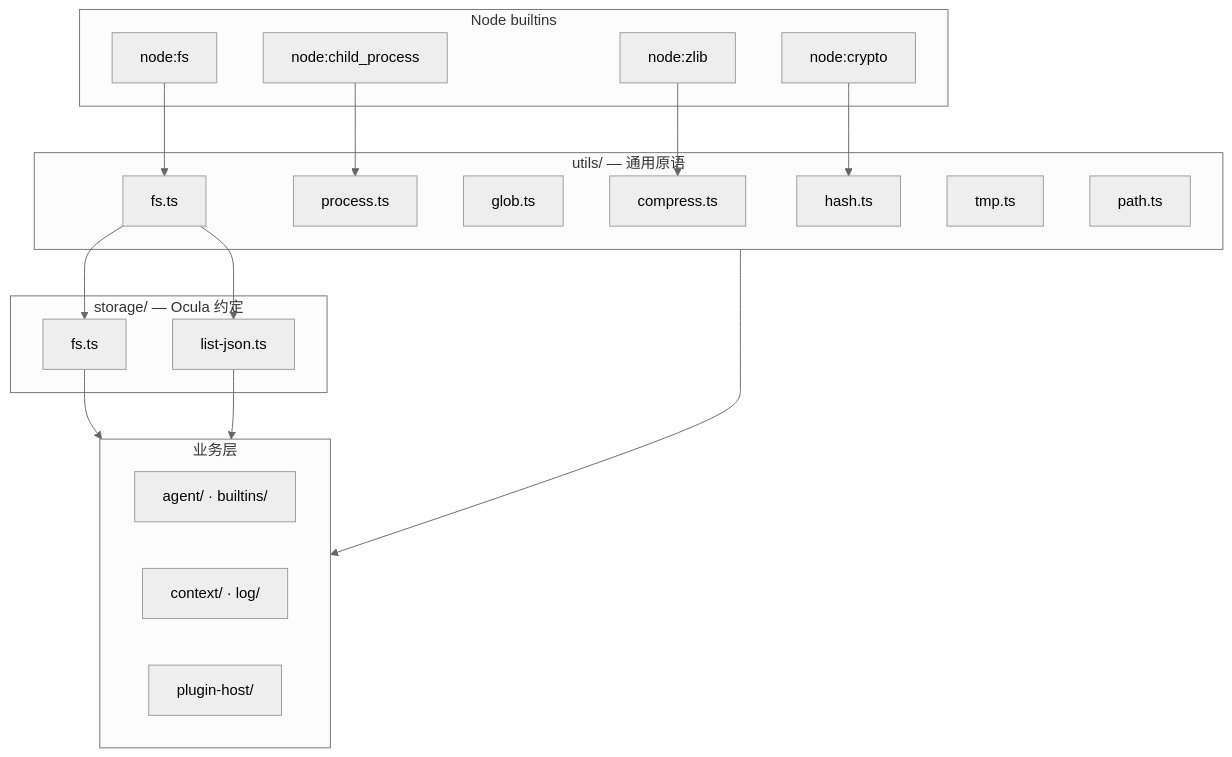
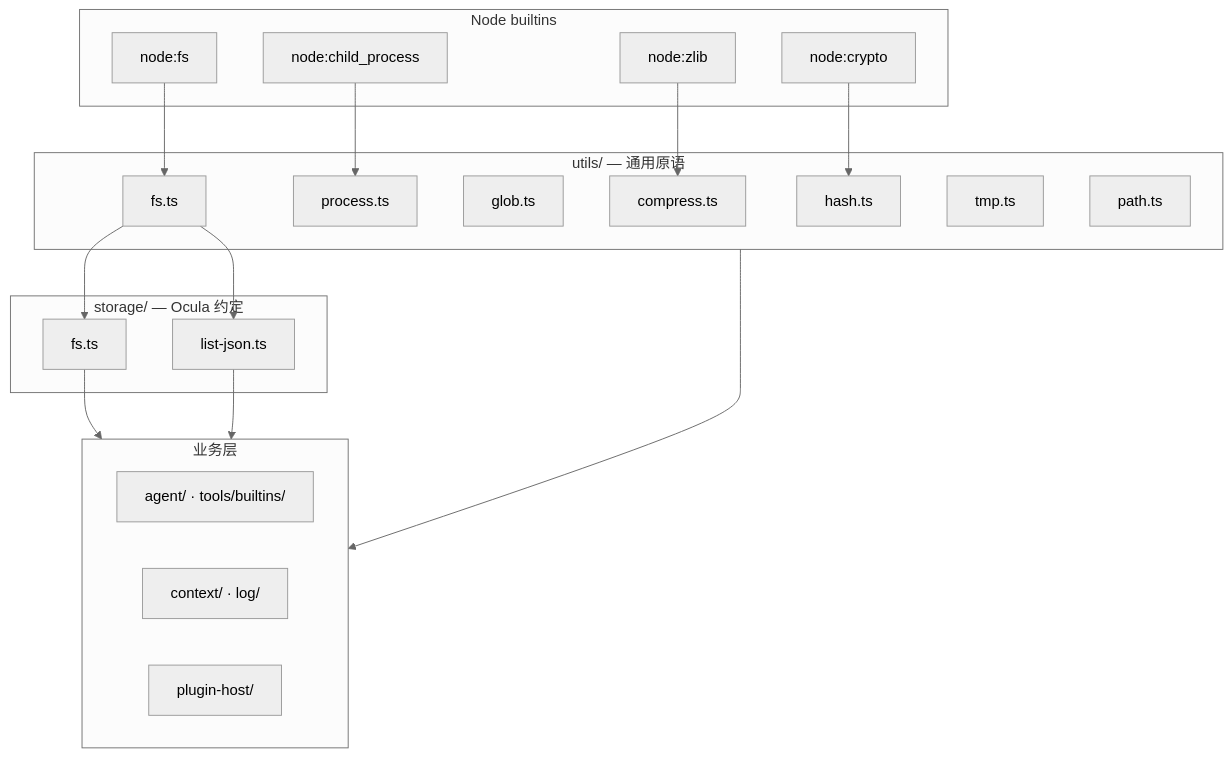
The diagram in docs/notes/utils-infrastructure.md (chendpoc/moontide), drawn with Mermaid (neutral theme) before and after one commit. The commit also changed other lines of this file and 11 other files, not shown here.

First line of the commit message:
docs: agent.md §2 and architecture-remediation plan

````diff
--- a/docs/notes/utils-infrastructure.md
+++ b/docs/notes/utils-infrastructure.md
@@ -10,41 +10,41 @@
 ```mermaid
 flowchart TB
   subgraph node [Node builtins]
     fs[node:fs]
     cp[node:child_process]
     zlib[node:zlib]
     crypto[node:crypto]
   end
 
   subgraph utils [utils/ — 通用原语]
     ufs[fs.ts]
     uproc[process.ts]
     uglob[glob.ts]
     ucompress[compress.ts]
     uhash[hash.ts]
     utmp[tmp.ts]
     upath[path.ts]
   end
 
   subgraph storage [storage/ — Ocula 约定]
     sfs[fs.ts]
     slist[list-json.ts]
   end
 
   subgraph domain [业务层]
-    agent[agent/ · builtins/]
+    agent[agent/ · tools/builtins/]
     context[context/ · log/]
     plugin[plugin-host/]
   end
 
   fs --> ufs
   cp --> uproc
   zlib --> ucompress
   crypto --> uhash
 
   ufs --> sfs
   ufs --> slist
   sfs --> domain
   slist --> domain
   utils --> domain
 ```
````
